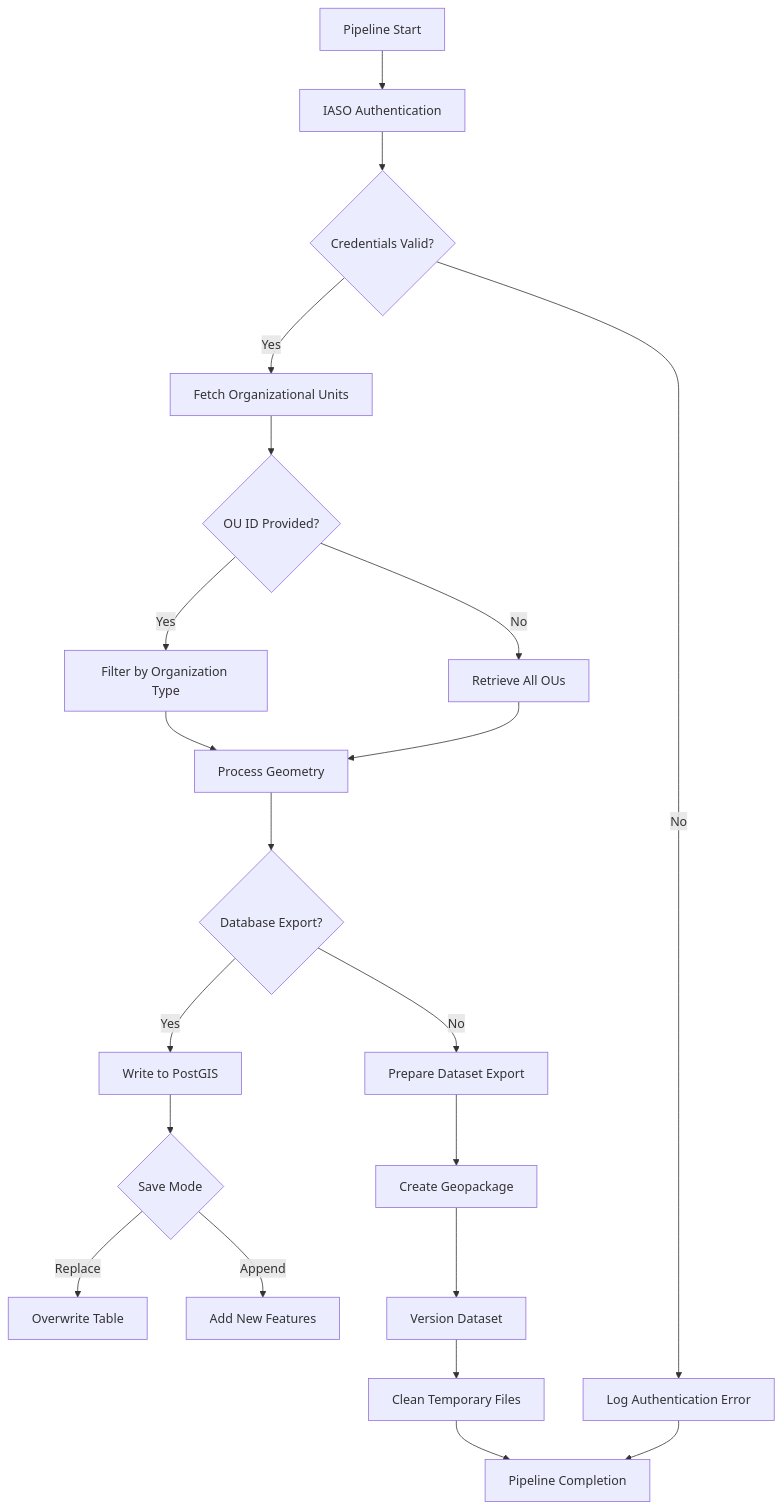
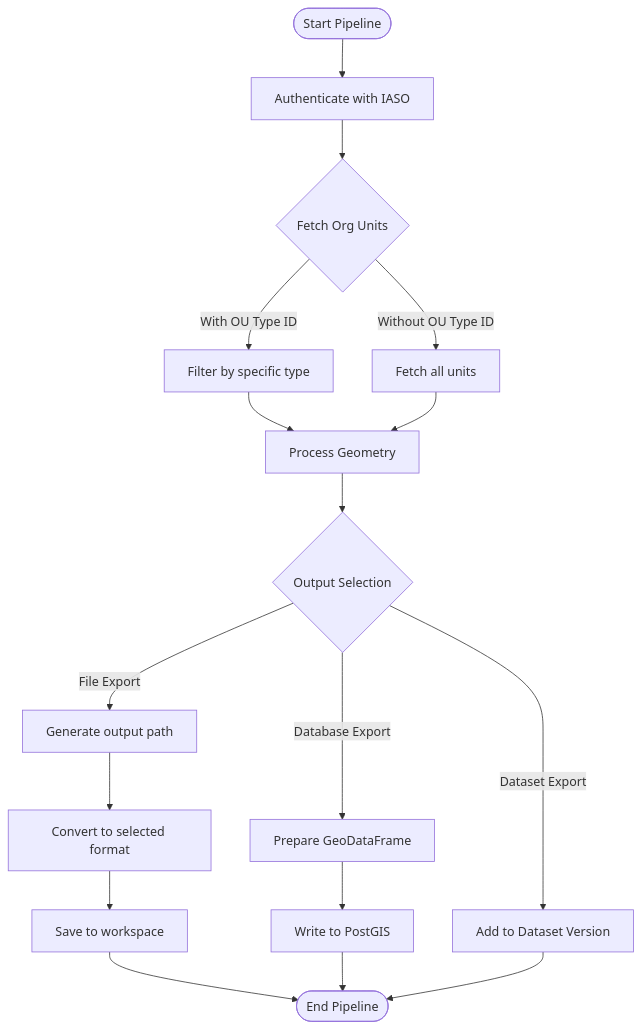
The diagram in iaso_extract_orgunits/Readme.md (aanoble/openhexa-pipelines-iaso), drawn with Mermaid before and after one commit. The commit also changed other lines of this file and 1 other file, not shown here.

Commit message:
feat readme.md file update to lastest version of pipelines

````diff
--- a/iaso_extract_orgunits/Readme.md
+++ b/iaso_extract_orgunits/Readme.md
@@ -63,23 +32,19 @@
 ```mermaid
-flowchart TD
-    A[Pipeline Start] --> B[IASO Authentication]
-    B --> C{Credentials Valid?}
-    C -->|Yes| D[Fetch Organizational Units]
-    C -->|No| E[Log Authentication Error]
-    D --> F{OU ID Provided?}
-    F -->|Yes| G[Filter by Organization Type]
-    F -->|No| H[Retrieve All OUs]
-    G --> I[Process Geometry]
-    H --> I
-    I --> J{Database Export?}
-    J -->|Yes| K[Write to PostGIS]
-    J -->|No| L[Prepare Dataset Export]
-    K --> M{Save Mode}
-    M -->|Replace| N[Overwrite Table]
-    M -->|Append| O[Add New Features]
-    L --> P[Create Geopackage]
-    P --> Q[Version Dataset]
-    Q --> R[Clean Temporary Files]
-    R --> S[Pipeline Completion]
-    E --> S
+graph TD
+    A([Start Pipeline]) --> B[Authenticate with IASO]
+    B --> C{Fetch Org Units}
+    C -->|With OU Type ID| D[Filter by specific type]
+    C -->|Without OU Type ID| E[Fetch all units]
+    D --> F[Process Geometry]
+    E --> F
+    F --> G{Output Selection}
+    G -->|File Export| H[Generate output path]
+    H --> I[Convert to selected format]
+    I --> J[Save to workspace]
+    G -->|Database Export| K[Prepare GeoDataFrame]
+    K --> L[Write to PostGIS]
+    G -->|Dataset Export| M[Add to Dataset Version]
+    J --> N([End Pipeline])
+    L --> N
+    M --> N
 ```
````
